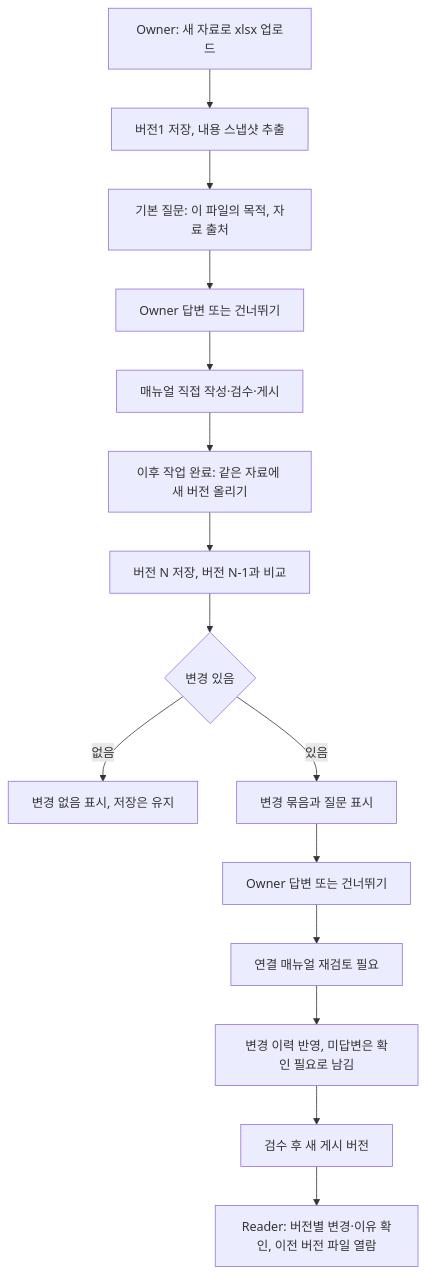
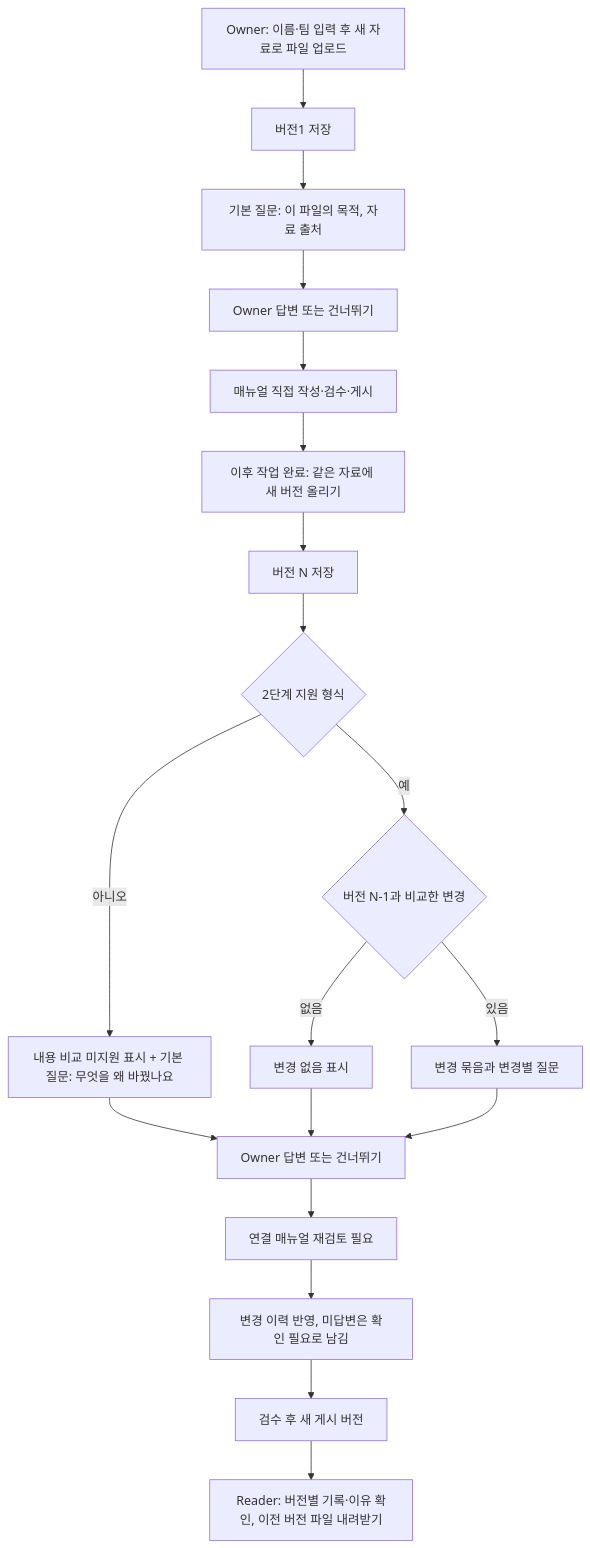
Before and after one commit to P-GISE/GhostManual: the diagram in docs/superpowers/specs/2026-10-22-file-version-questions-design.md, drawn with Mermaid. The commit also changed other lines of this file and 11 other files, not shown here.

````diff
--- a/docs/superpowers/specs/2026-10-22-file-version-questions-design.md
+++ b/docs/superpowers/specs/2026-10-22-file-version-questions-design.md
@@ -48,17 +66,21 @@
 ```mermaid
 flowchart TD
-  A[Owner: 새 자료로 xlsx 업로드] --> B[버전1 저장, 내용 스냅샷 추출]
+  A[Owner: 이름·팀 입력 후 새 자료로 파일 업로드] --> B[버전1 저장]
   B --> C[기본 질문: 이 파일의 목적, 자료 출처]
   C --> D[Owner 답변 또는 건너뛰기]
   D --> E[매뉴얼 직접 작성·검수·게시]
   E --> F[이후 작업 완료: 같은 자료에 새 버전 올리기]
-  F --> G[버전 N 저장, 버전 N-1과 비교]
-  G --> H{변경 있음}
-  H -->|없음| I[변경 없음 표시, 저장은 유지]
-  H -->|있음| J[변경 묶음과 질문 표시]
-  J --> K[Owner 답변 또는 건너뛰기]
+  F --> G[버전 N 저장]
+  G --> S{2단계 지원 형식}
+  S -->|아니오| U[내용 비교 미지원 표시 + 기본 질문: 무엇을 왜 바꿨나요]
+  S -->|예| H{버전 N-1과 비교한 변경}
+  H -->|없음| I[변경 없음 표시]
+  H -->|있음| J[변경 묶음과 변경별 질문]
+  U --> K[Owner 답변 또는 건너뛰기]
+  I --> K
+  J --> K
   K --> L[연결 매뉴얼 재검토 필요]
   L --> M[변경 이력 반영, 미답변은 확인 필요로 남김]
   M --> N[검수 후 새 게시 버전]
-  N --> O[Reader: 버전별 변경·이유 확인, 이전 버전 파일 열람]
+  N --> O[Reader: 버전별 기록·이유 확인, 이전 버전 파일 내려받기]
 ```
````
